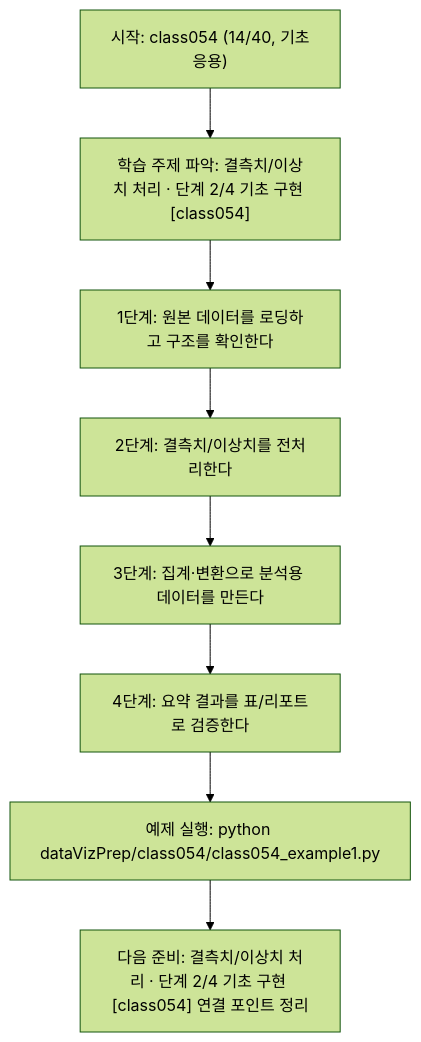
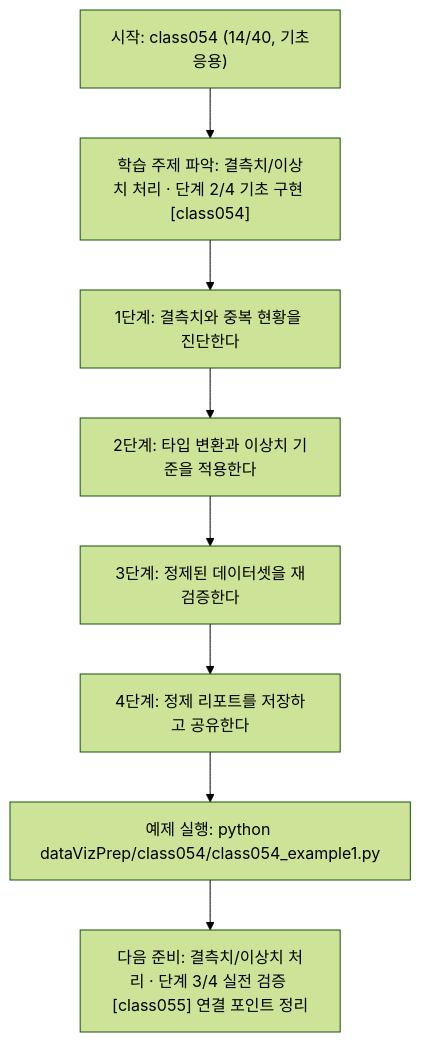
One commit to edumgt/Python-AI_Agent-Class changed the diagram in dataVizPrep/class054/class054.md. Above: the diagram before and after it, drawn with Mermaid (forest theme). The commit also changed other lines of this file and 283 other files, not shown here.

````diff
--- a/dataVizPrep/class054/class054.md
+++ b/dataVizPrep/class054/class054.md
@@ -111,18 +92,18 @@
 ```mermaid
 flowchart TD
 N1["시작: class054 (14/40, 기초응용)"]
 N2["학습 주제 파악: 결측치/이상치 처리 · 단계 2/4 기초 구현 [class054]"]
-N3["1단계: 원본 데이터를 로딩하고 구조를 확인한다"]
-N4["2단계: 결측치/이상치를 전처리한다"]
-N5["3단계: 집계·변환으로 분석용 데이터를 만든다"]
-N6["4단계: 요약 결과를 표/리포트로 검증한다"]
+N3["1단계: 결측치와 중복 현황을 진단한다"]
+N4["2단계: 타입 변환과 이상치 기준을 적용한다"]
+N5["3단계: 정제된 데이터셋을 재검증한다"]
+N6["4단계: 정제 리포트를 저장하고 공유한다"]
 N7["예제 실행: python dataVizPrep/class054/class054_example1.py"]
-N8["다음 준비: 결측치/이상치 처리 · 단계 2/4 기초 구현 [class054] 연결 포인트 정리"]
+N8["다음 준비: 결측치/이상치 처리 · 단계 3/4 실전 검증 [class055] 연결 포인트 정리"]
 N1 --> N2
 N2 --> N3
 N3 --> N4
 N4 --> N5
 N5 --> N6
 N6 --> N7
 N7 --> N8
 ```
````
